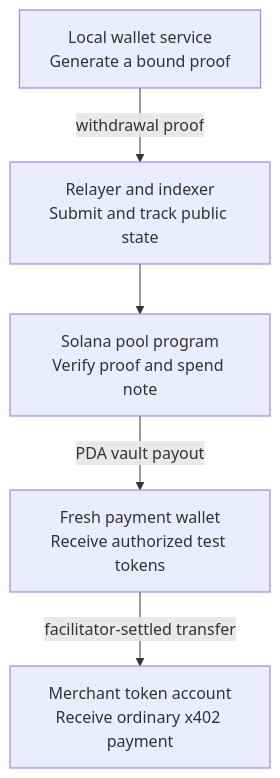
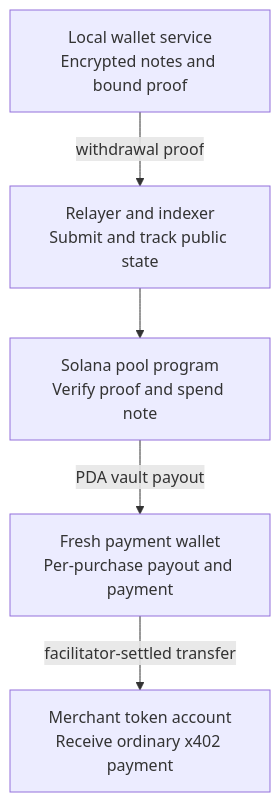
One commit to Seann004/Veilo-agent-wallet changed the diagram in docs/diagrams/private-funding.mmd. Above: the diagram before and after it, drawn with Mermaid. The commit also changed 10 other files, not shown here.

Commit message:
docs(presentation): add spoken scripts and clarify wallet architecture

```diff
--- a/docs/diagrams/private-funding.mmd
+++ b/docs/diagrams/private-funding.mmd
@@ -1,10 +1,10 @@
 flowchart TB
-  wallet["Local wallet service<br/>Generate a bound proof"]
+  wallet["Local wallet service<br/>Encrypted notes and bound proof"]
   relay["Relayer and indexer<br/>Submit and track public state"]
   pool["Solana pool program<br/>Verify proof and spend note"]
-  fresh["Fresh payment wallet<br/>Receive authorized test tokens"]
+  fresh["Fresh payment wallet<br/>Per-purchase payout and payment"]
   merchant["Merchant token account<br/>Receive ordinary x402 payment"]
   wallet -->|withdrawal proof| relay
   relay --> pool
   pool -->|PDA vault payout| fresh
   fresh -->|facilitator-settled transfer| merchant
```
